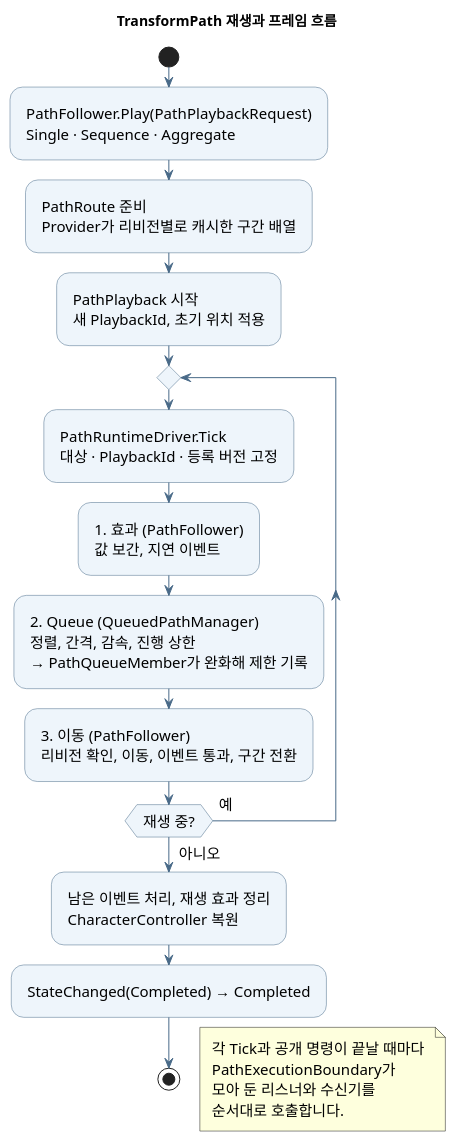
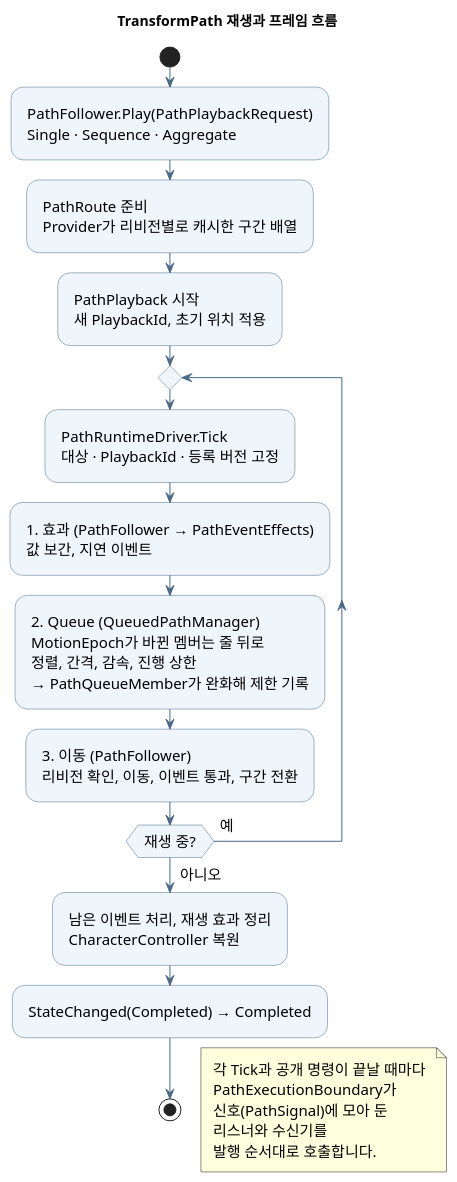
The diagram in ToyProject/Assets/_TransformPath/Docs/transformpath-frame.puml (youwonsock/tool-unity-editor), drawn with PlantUML before and after one commit. The commit also changed 6 other files, not shown here.

```diff
--- a/ToyProject/Assets/_TransformPath/Docs/transformpath-frame.puml
+++ b/ToyProject/Assets/_TransformPath/Docs/transformpath-frame.puml
@@ -1,31 +1,32 @@
 @startuml transformpath-frame
 skinparam shadowing false
 skinparam defaultFontName "Apple SD Gothic Neo"
 skinparam defaultFontSize 15
 skinparam ArrowColor #496A88
 skinparam Padding 6
 skinparam activityBackgroundColor #EEF5FB
 skinparam activityBorderColor #496A88
 title TransformPath 재생과 프레임 흐름
 
 start
 :PathFollower.Play(PathPlaybackRequest)\nSingle · Sequence · Aggregate;
 :PathRoute 준비\nProvider가 리비전별로 캐시한 구간 배열;
 :PathPlayback 시작\n새 PlaybackId, 초기 위치 적용;
 repeat
   :PathRuntimeDriver.Tick\n대상 · PlaybackId · 등록 버전 고정;
-  :1. 효과 (PathFollower)\n값 보간, 지연 이벤트;
-  :2. Queue (QueuedPathManager)\n정렬, 간격, 감속, 진행 상한\n→ PathQueueMember가 완화해 제한 기록;
+  :1. 효과 (PathFollower → PathEventEffects)\n값 보간, 지연 이벤트;
+  :2. Queue (QueuedPathManager)\nMotionEpoch가 바뀐 멤버는 줄 뒤로\n정렬, 간격, 감속, 진행 상한\n→ PathQueueMember가 완화해 제한 기록;
   :3. 이동 (PathFollower)\n리비전 확인, 이동, 이벤트 통과, 구간 전환;
 repeat while (재생 중?) is (예) not (아니오)
 :남은 이벤트 처리, 재생 효과 정리\nCharacterController 복원;
 :StateChanged(Completed) → Completed;
 stop
 
 floating note right
   각 Tick과 공개 명령이 끝날 때마다
   PathExecutionBoundary가
-  모아 둔 리스너와 수신기를
-  순서대로 호출합니다.
+  신호(PathSignal)에 모아 둔
+  리스너와 수신기를
+  발행 순서대로 호출합니다.
 end note
 @enduml
```
